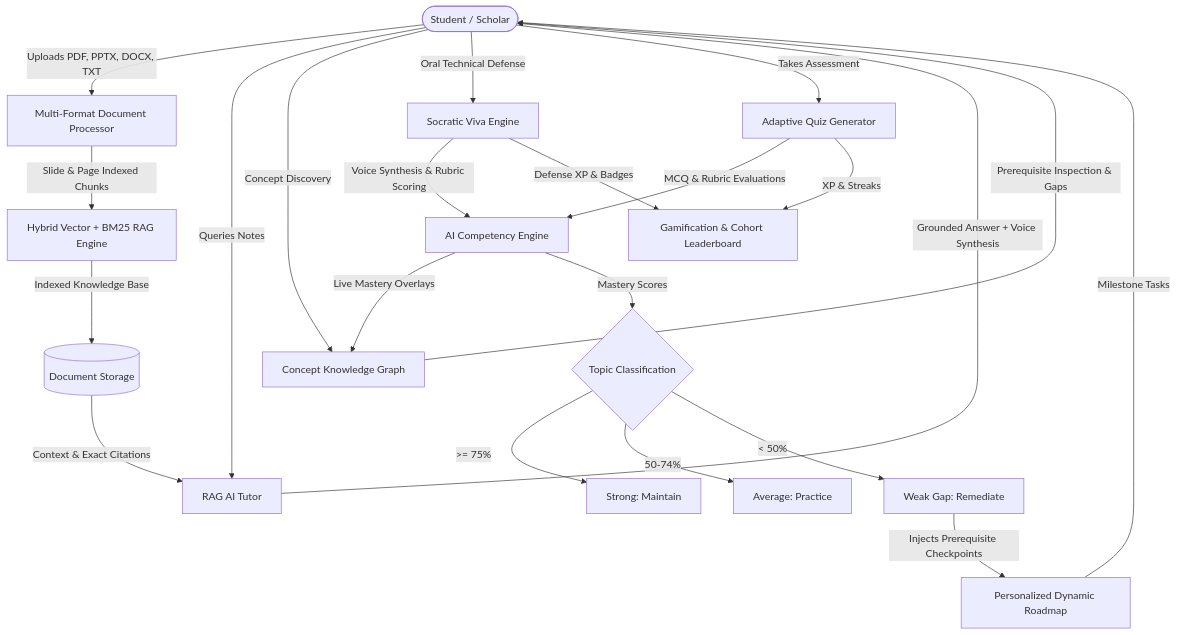
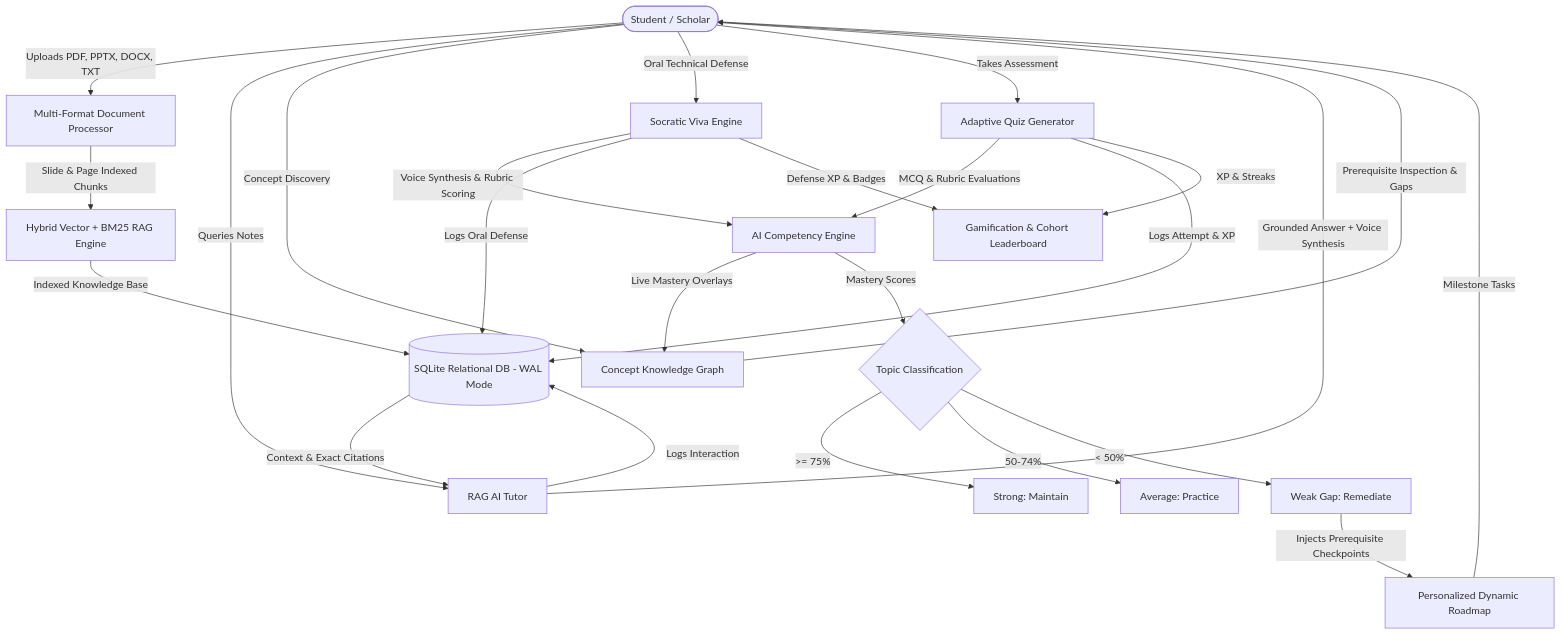
Before and after one commit to SyedZiyan/CogniTutor-AI-Learning-Platform: the diagram in README.md, drawn with Mermaid. The commit also changed other lines of this file and 2 other files, not shown here.

Commit message:
Docs: Update GitHub README with neat UI showcase screenshots, SQLite DB architecture, and live public link

````diff
--- a/README.md
+++ b/README.md
@@ -86,31 +142,34 @@
 ```mermaid
 graph TD
     User([Student / Scholar]) -->|Uploads PDF, PPTX, DOCX, TXT| Parser[Multi-Format Document Processor]
     Parser -->|Slide & Page Indexed Chunks| RAG[Hybrid Vector + BM25 RAG Engine]
-    RAG -->|Indexed Knowledge Base| Storage[(Document Storage)]
+    RAG -->|Indexed Knowledge Base| DB[(SQLite Relational DB - WAL Mode)]
 
     User -->|Queries Notes| Tutor[RAG AI Tutor]
-    Storage -->|Context & Exact Citations| Tutor
+    DB -->|Context & Exact Citations| Tutor
     Tutor -->|Grounded Answer + Voice Synthesis| User
+    Tutor -->|Logs Interaction| DB
 
     User -->|Concept Discovery| Graph[Concept Knowledge Graph]
     Graph -->|Prerequisite Inspection & Gaps| User
 
     User -->|Oral Technical Defense| Viva[Socratic Viva Engine]
     Viva -->|Voice Synthesis & Rubric Scoring| Comp[AI Competency Engine]
+    Viva -->|Logs Oral Defense| DB
 
     User -->|Takes Assessment| Quiz[Adaptive Quiz Generator]
     Quiz -->|MCQ & Rubric Evaluations| Comp
+    Quiz -->|Logs Attempt & XP| DB
 
     Comp -->|Live Mastery Overlays| Graph
     Comp -->|Mastery Scores| Splitter{Topic Classification}
     Splitter -->|>= 75%| S[Strong: Maintain]
     Splitter -->|50-74%| A[Average: Practice]
     Splitter -->|< 50%| W[Weak Gap: Remediate]
 
     W -->|Injects Prerequisite Checkpoints| Road[Personalized Dynamic Roadmap]
     Road -->|Milestone Tasks| User
 
     Quiz -->|XP & Streaks| Game[Gamification & Cohort Leaderboard]
     Viva -->|Defense XP & Badges| Game
 ```
````
